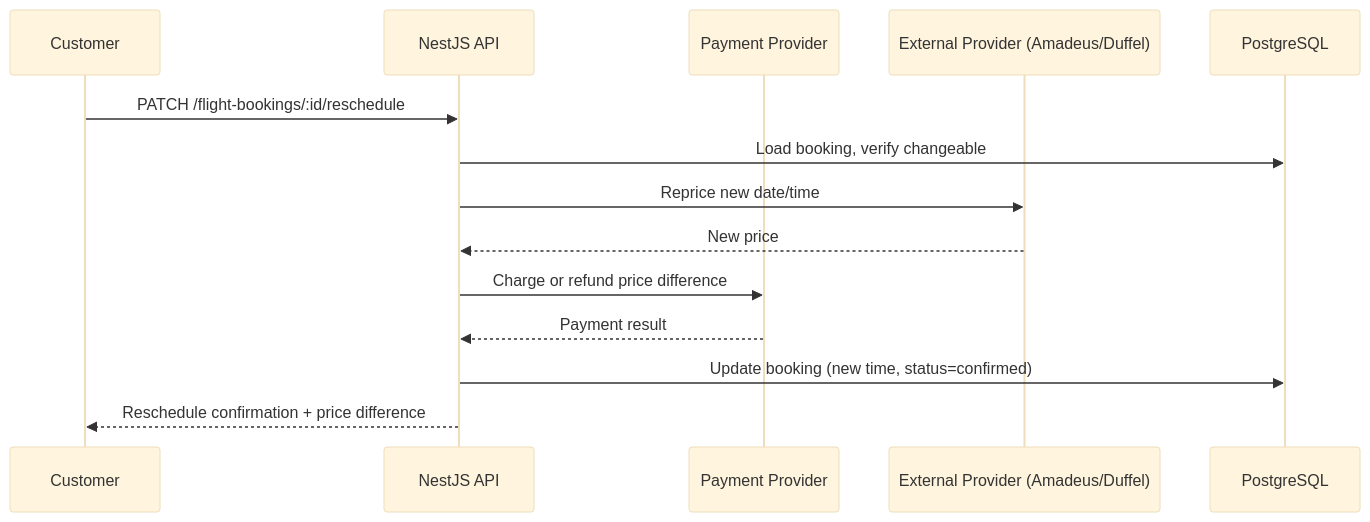
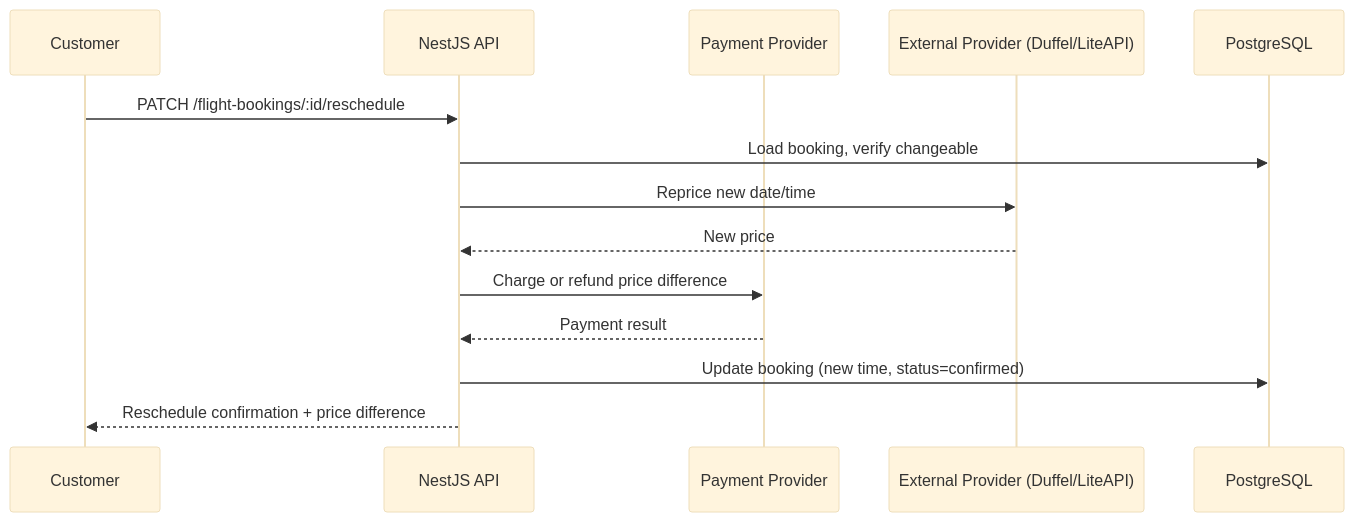
Diagram 21 of 30 in README.md (SaraMagdyAbdelhamed/booking_project_nodejs), drawn with Mermaid (base theme) before and after one commit. The commit also changed other lines of this file, not shown here.

Commit message:
Refactor README to improve structure and clarity; update provider details for flight and hotel searches, and enhance integration sections for Duffel and LiteAPI.

````diff
--- a/README.md
+++ b/README.md
@@ -1142,17 +1133,17 @@
 ```mermaid
 sequenceDiagram
     participant U as Customer
     participant A as NestJS API
     participant P as Payment Provider
-    participant Ext as External Provider (Amadeus/Duffel)
+    participant Ext as External Provider (Duffel/LiteAPI)
     participant D as PostgreSQL
 
     U->>A: PATCH /flight-bookings/:id/reschedule
     A->>D: Load booking, verify changeable
     A->>Ext: Reprice new date/time
     Ext-->>A: New price
     A->>P: Charge or refund price difference
     P-->>A: Payment result
     A->>D: Update booking (new time, status=confirmed)
     A-->>U: Reschedule confirmation + price difference
 ```
````
